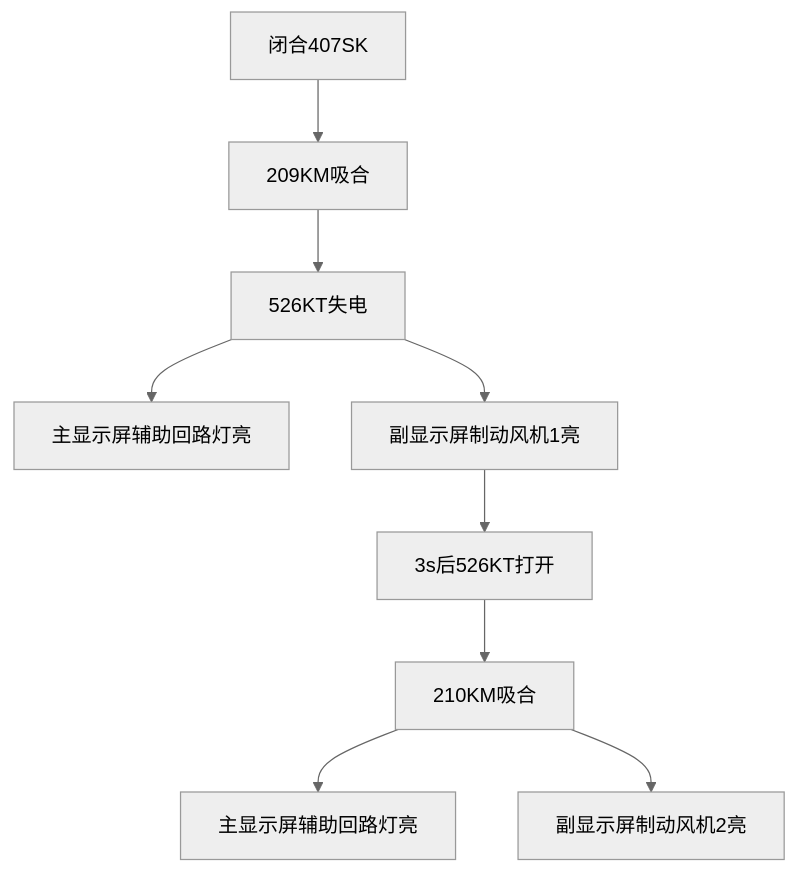
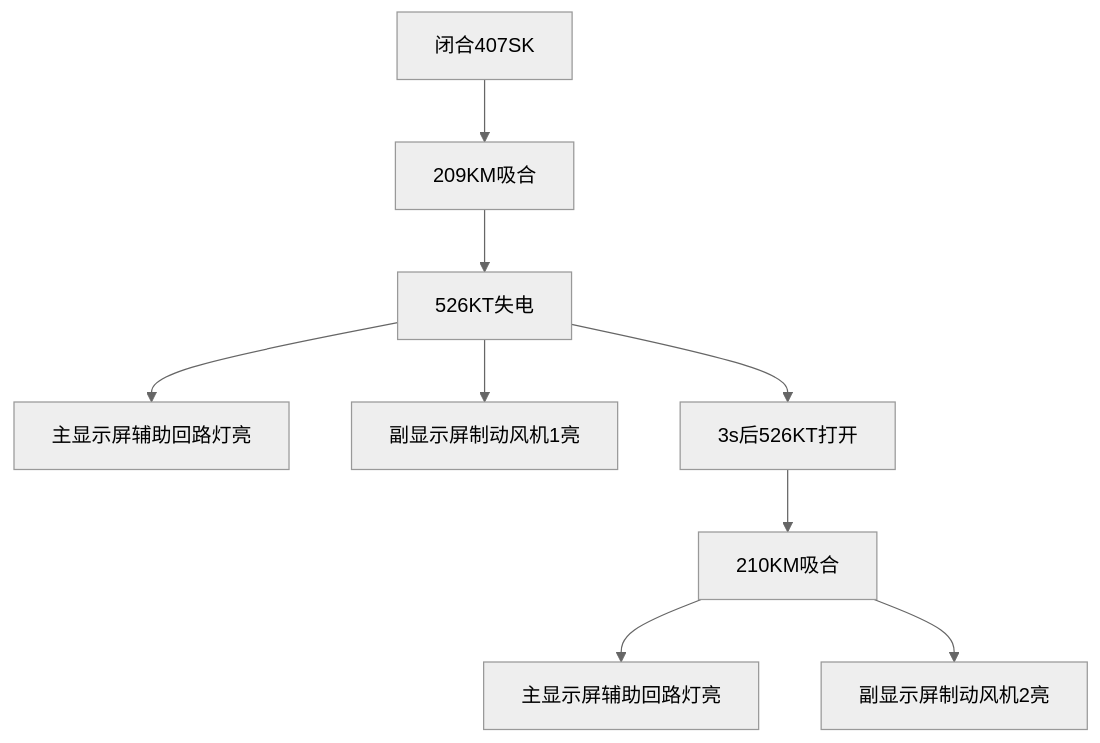
Before and after one commit to cjy0812/23school-note: the ninth of 10 diagrams in 2026实训/低压试验 0907-0924/低压试验笔记.md, drawn with Mermaid (neutral theme). The commit also changed other lines of this file, not shown here.

First line of the commit message:
fix: 低压实验-流程图走向错误

````diff
--- a/2026实训/低压试验 0907-0924/低压试验笔记.md
+++ b/2026实训/低压试验 0907-0924/低压试验笔记.md
@@ -329,17 +341,16 @@
 ```mermaid
 flowchart TD
 
 A[闭合407SK]
 --> B[209KM吸合]
 
 B --> C[526KT失电]
 C --> D[主显示屏辅助回路灯亮]
 C --> E[副显示屏制动风机1亮]
-
-E --> F[3s后526KT打开]
+C --> F[3s后526KT打开]
 
 F --> G[210KM吸合]
 
 G --> H[主显示屏辅助回路灯亮]
 G --> I[副显示屏制动风机2亮]
 ```
````
